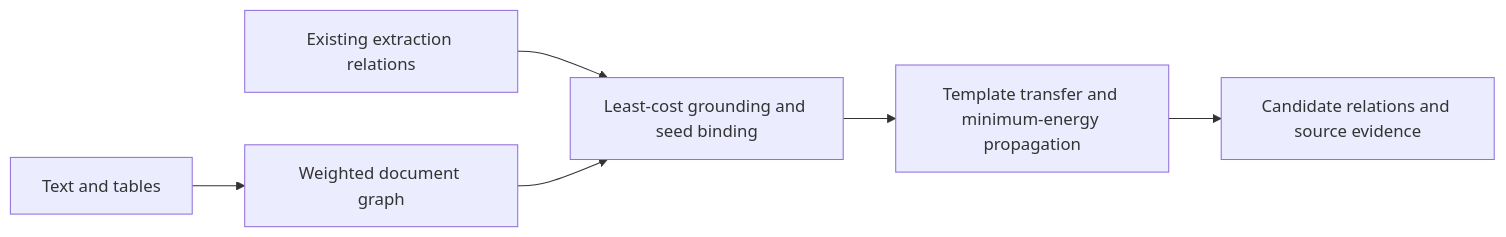
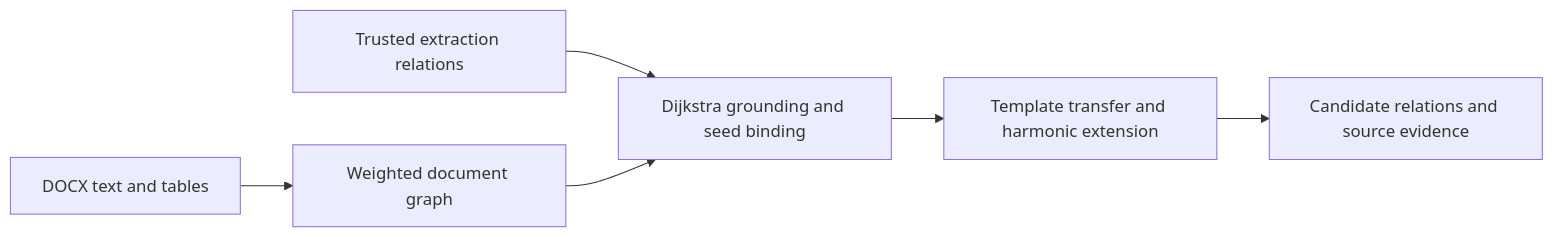
The third of 3 diagrams in README.md (dvdsvc/firstlight), drawn with Mermaid before and after one commit. The commit also changed other lines of this file and 3 other files, not shown here.

First line of the commit message:
📝 Explain extraction reliability and document-graph recovery

````diff
--- a/README.md
+++ b/README.md
@@ -39,8 +132,8 @@
 ```mermaid
 flowchart LR
-    D[Text and tables] --> G[Weighted document graph]
-    S[Existing extraction relations] --> A[Least-cost grounding and seed binding]
+    D[DOCX text and tables] --> G[Weighted document graph]
+    S[Trusted extraction relations] --> A[Dijkstra grounding and seed binding]
     G --> A
-    A --> P[Template transfer and minimum-energy propagation]
+    A --> P[Template transfer and harmonic extension]
     P --> C[Candidate relations and source evidence]
 ```
````
